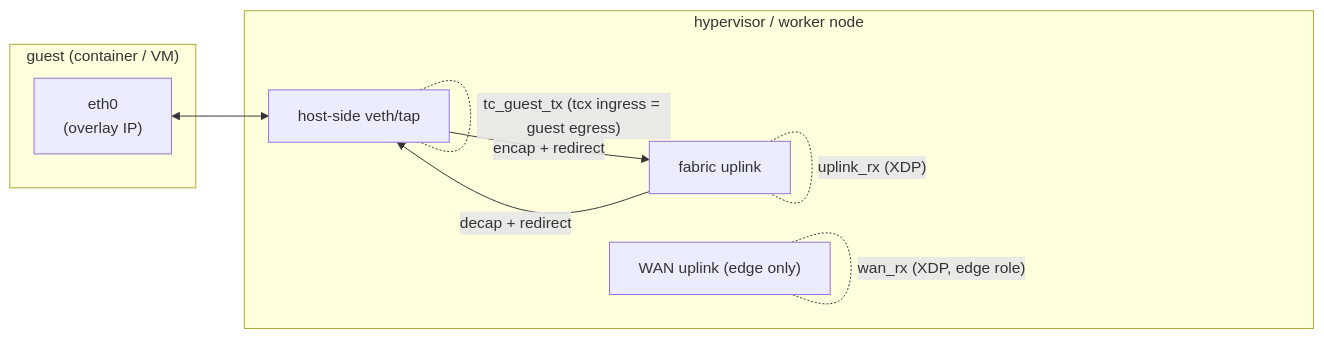
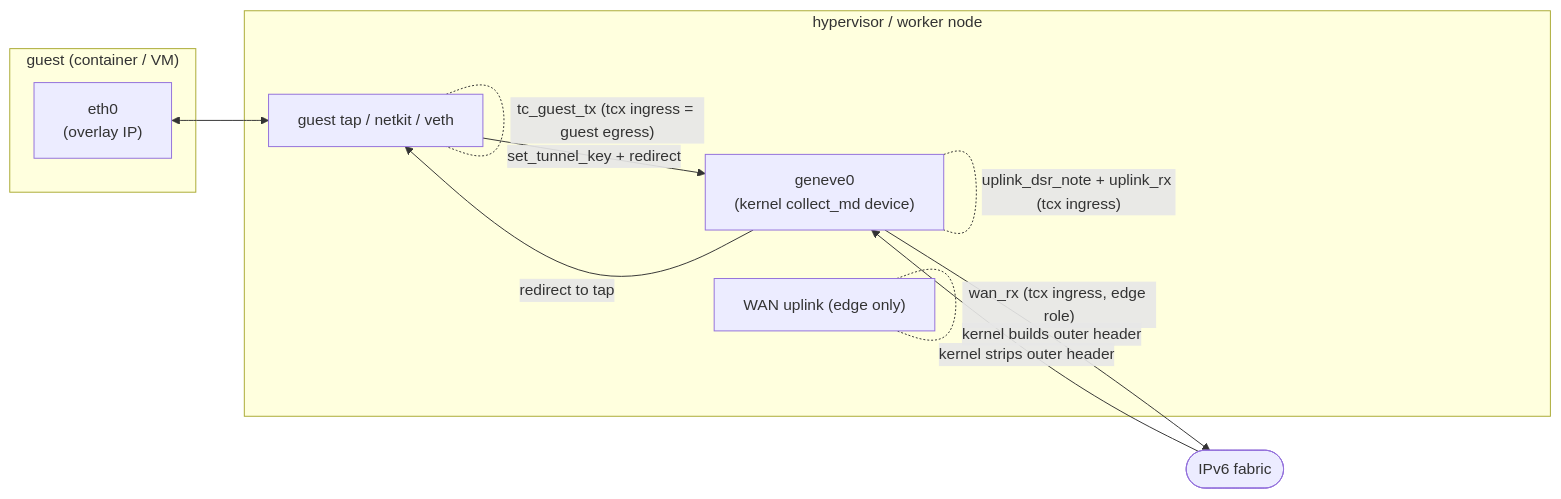
Before and after one commit to trevex/ectobase: the diagram in docs/architecture/dataplane/programs.md, drawn with Mermaid. The commit also changed other lines of this file and 3 other files, not shown here.

First line of the commit message:
docs(dataplane): rewrite programs/kernel-xdp-tc/cli + layout crate list for the Geneve+tcx datapath

````diff
--- a/docs/architecture/dataplane/programs.md
+++ b/docs/architecture/dataplane/programs.md
@@ -14,17 +21,20 @@
 ```mermaid
 flowchart LR
     subgraph guestns["guest (container / VM)"]
         g["eth0<br/>(overlay IP)"]
     end
     subgraph host["hypervisor / worker node"]
-        veth["host-side veth/tap"]
-        upl["fabric uplink"]
+        tap["guest tap / netkit / veth"]
+        gen["geneve0<br/>(kernel collect_md device)"]
         wan["WAN uplink (edge only)"]
     end
-    g <--> veth
-    veth -. "tc_guest_tx (tcx ingress = guest egress)" .- veth
-    upl -. "uplink_rx (XDP)" .- upl
-    wan -. "wan_rx (XDP, edge role)" .- wan
-    veth -->|encap + redirect| upl
-    upl -->|decap + redirect| veth
+    fabric(["IPv6 fabric"])
+    g <--> tap
+    tap -. "tc_guest_tx (tcx ingress = guest egress)" .- tap
+    gen -. "uplink_dsr_note + uplink_rx (tcx ingress)" .- gen
+    wan -. "wan_rx (tcx ingress, edge role)" .- wan
+    tap -->|"set_tunnel_key + redirect"| gen
+    gen -->|"kernel builds outer header"| fabric
+    fabric -->|"kernel strips outer header"| gen
+    gen -->|"redirect to tap"| tap
 ```
````
